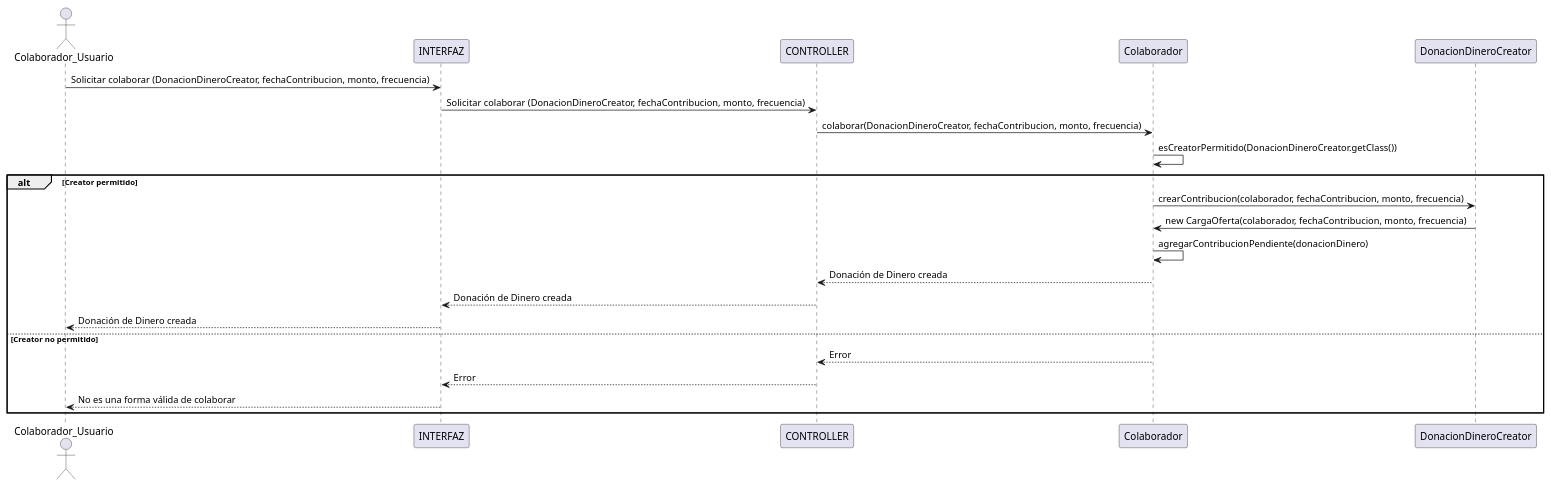
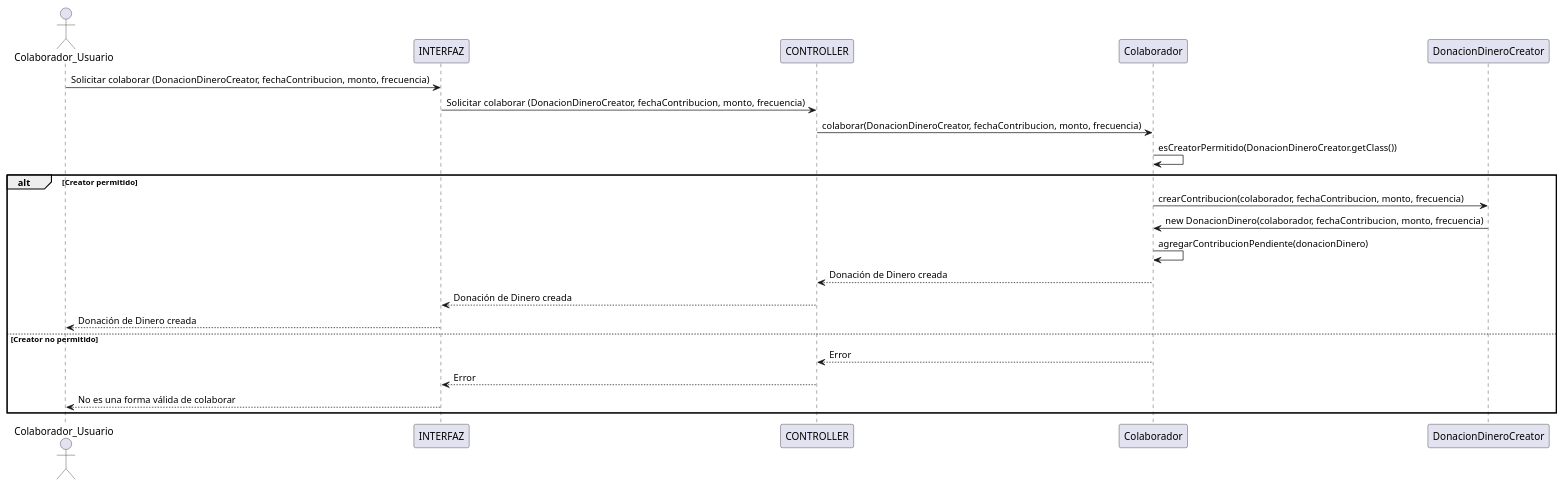
Before and after one commit to luciacosenza/DDS-grupo10: the diagram in tp_anual_dds/docs/plant_uml/diagramas_secuencia/donar_dinero/donar_dinero_colaborar.plantuml, drawn with PlantUML. The commit also changed 2 other files, not shown here.

Commit message:
Modificados los plantuml

```diff
--- a/tp_anual_dds/docs/plant_uml/diagramas_secuencia/donar_dinero/donar_dinero_colaborar.plantuml
+++ b/tp_anual_dds/docs/plant_uml/diagramas_secuencia/donar_dinero/donar_dinero_colaborar.plantuml
@@ -1,24 +1,24 @@
 @startuml donar_dinero_colaborar
 actor Colaborador_Usuario as User
 participant INTERFAZ
 participant CONTROLLER
 participant "Colaborador" as Colaborador
 participant "DonacionDineroCreator" as DonarDineroCreator
 
 User -> INTERFAZ: Solicitar colaborar (DonacionDineroCreator, fechaContribucion, monto, frecuencia)
 INTERFAZ -> CONTROLLER: Solicitar colaborar (DonacionDineroCreator, fechaContribucion, monto, frecuencia)
 CONTROLLER -> Colaborador: colaborar(DonacionDineroCreator, fechaContribucion, monto, frecuencia)
 Colaborador -> Colaborador: esCreatorPermitido(DonacionDineroCreator.getClass())
 alt Creator permitido
     Colaborador -> DonarDineroCreator: crearContribucion(colaborador, fechaContribucion, monto, frecuencia)
-    DonarDineroCreator -> Colaborador: new CargaOferta(colaborador, fechaContribucion, monto, frecuencia)
+    DonarDineroCreator -> Colaborador: new DonacionDinero(colaborador, fechaContribucion, monto, frecuencia)
     Colaborador -> Colaborador: agregarContribucionPendiente(donacionDinero)
     Colaborador --> CONTROLLER: Donación de Dinero creada
     CONTROLLER --> INTERFAZ: Donación de Dinero creada
     INTERFAZ --> User: Donación de Dinero creada
 else Creator no permitido
     Colaborador --> CONTROLLER: Error
     CONTROLLER --> INTERFAZ: Error
     INTERFAZ --> User: No es una forma válida de colaborar
 end
 @enduml
```
